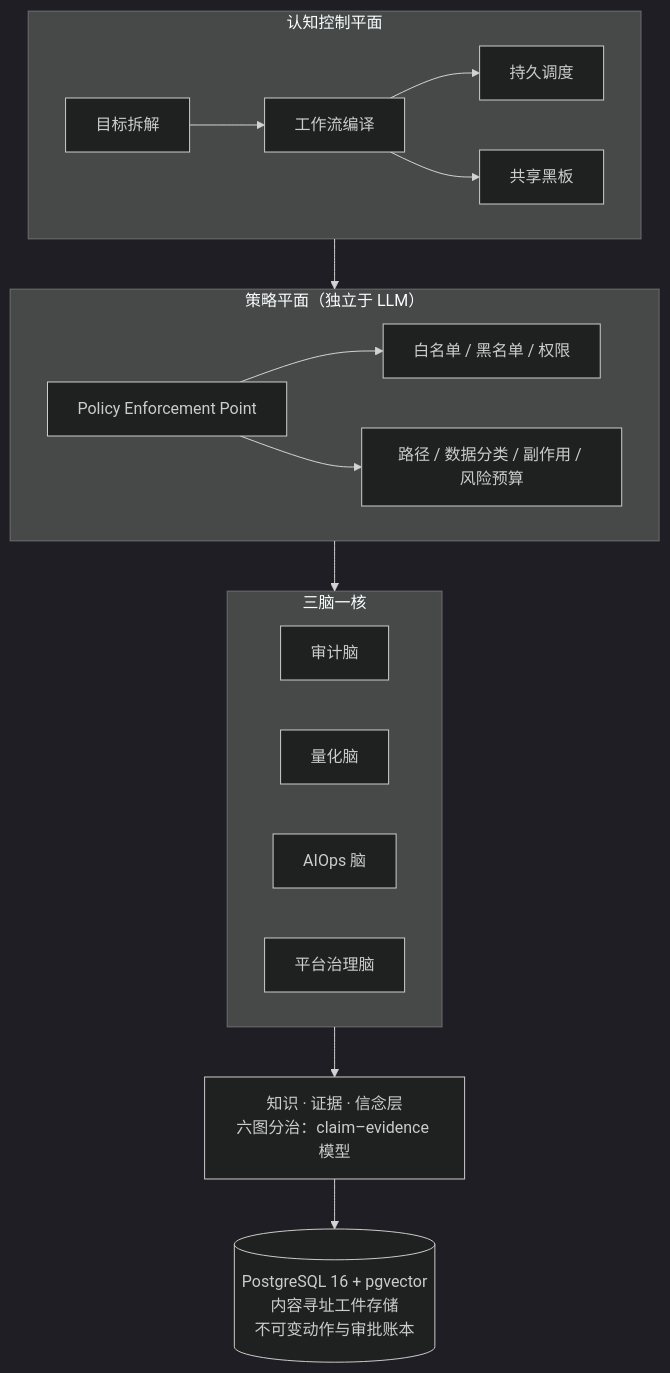
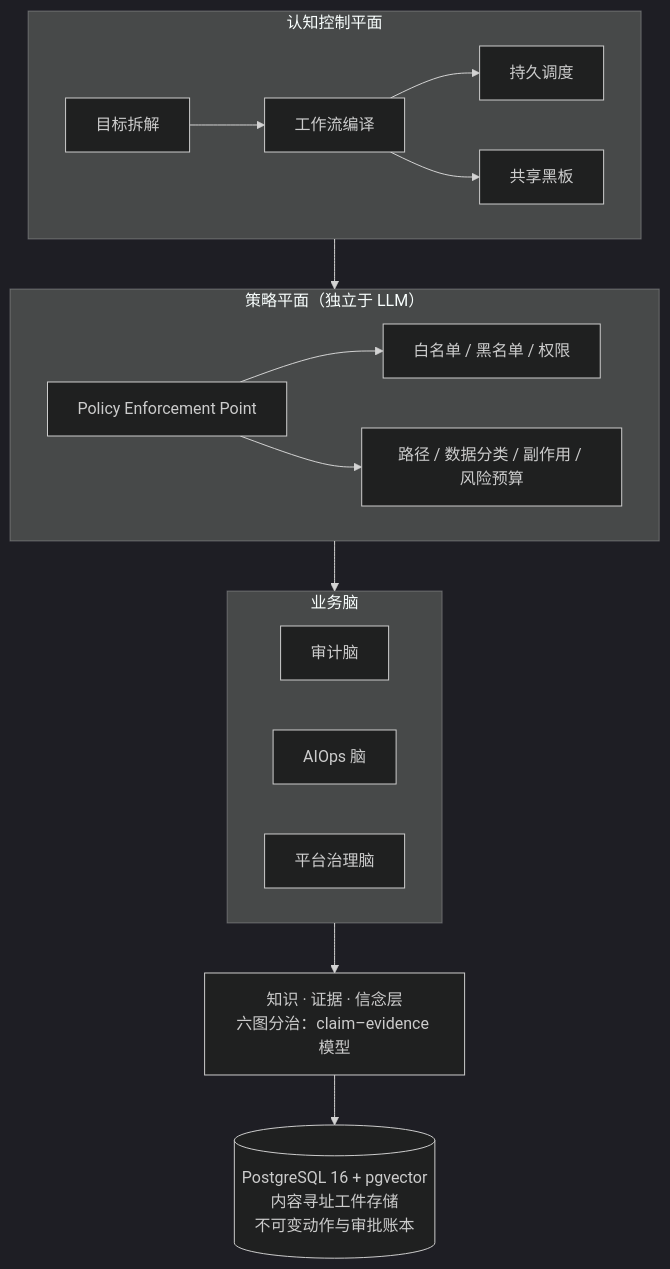
One commit to 2131614483/AI-network-auto-audit changed the first of 2 diagrams in README.md. Above: the diagram before and after it, drawn with Mermaid (dark theme). The commit also changed other lines of this file, not shown here.

````diff
--- a/README.md
+++ b/README.md
@@ -81,29 +73,28 @@
 ```mermaid
 flowchart TB
     subgraph Control["认知控制平面"]
         A1[目标拆解] --> A2[工作流编译]
         A2 --> A3[持久调度]
         A2 --> A4[共享黑板]
     end
 
     subgraph Strategy["策略平面（独立于 LLM）"]
         S1[Policy Enforcement Point]
         S2[白名单 / 黑名单 / 权限]
         S3[路径 / 数据分类 / 副作用 / 风险预算]
         S1 --> S2
         S1 --> S3
     end
 
     Control --> Strategy
 
-    subgraph Brains["三脑一核"]
+    subgraph Brains["业务脑"]
         B1[审计脑]
-        B2[量化脑]
-        B3[AIOps 脑]
+        B2[AIOps 脑]
         B4[平台治理脑]
     end
 
     Strategy --> Brains
     Brains --> K1[知识 · 证据 · 信念层<br/>六图分治：claim–evidence 模型]
     K1 --> DB[(PostgreSQL 16 + pgvector<br/>内容寻址工件存储<br/>不可变动作与审批账本)]
 ```
````
